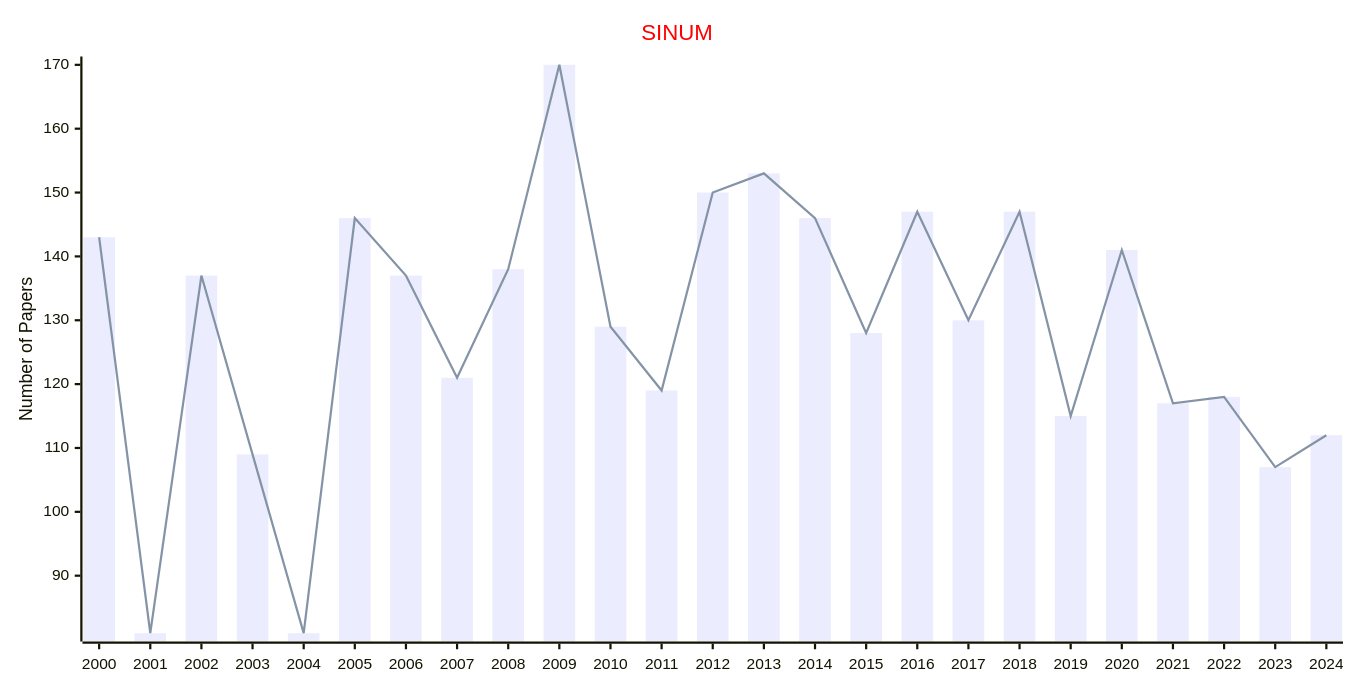
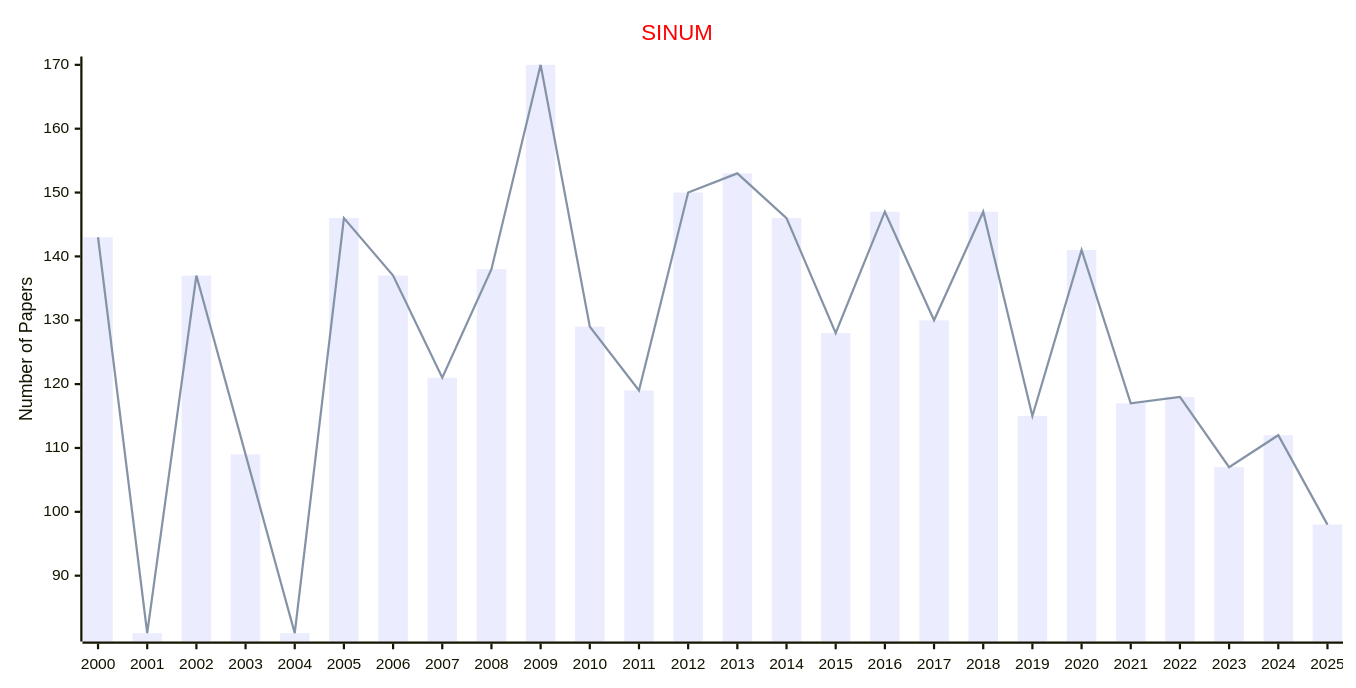
The fourth of 6 diagrams in docs/data/Journals/Statistics_Journals/Computational_Mathematics.md (Easy-PhD/AILinks), drawn with Mermaid before and after one commit. The commit also changed other lines of this file and 93 other files, not shown here.

````diff
--- a/docs/data/Journals/Statistics_Journals/Computational_Mathematics.md
+++ b/docs/data/Journals/Statistics_Journals/Computational_Mathematics.md
@@ -81,17 +81,17 @@
 ```mermaid
 ---
 config:
     xyChart:
         width: 1200
         height: 600
     themeVariables:
         xyChart:
             titleColor: "#ff0000"
 ---
 xychart-beta
     title "SINUM"
-    x-axis [2000, 2001, 2002, 2003, 2004, 2005, 2006, 2007, 2008, 2009, 2010, 2011, 2012, 2013, 2014, 2015, 2016, 2017, 2018, 2019, 2020, 2021, 2022, 2023, 2024]
+    x-axis [2000, 2001, 2002, 2003, 2004, 2005, 2006, 2007, 2008, 2009, 2010, 2011, 2012, 2013, 2014, 2015, 2016, 2017, 2018, 2019, 2020, 2021, 2022, 2023, 2024, 2025]
     y-axis "Number of Papers"
-    bar [143, 81, 137, 109, 81, 146, 137, 121, 138, 170, 129, 119, 150, 153, 146, 128, 147, 130, 147, 115, 141, 117, 118, 107, 112]
-    line [143, 81, 137, 109, 81, 146, 137, 121, 138, 170, 129, 119, 150, 153, 146, 128, 147, 130, 147, 115, 141, 117, 118, 107, 112]
+    bar [143, 81, 137, 109, 81, 146, 137, 121, 138, 170, 129, 119, 150, 153, 146, 128, 147, 130, 147, 115, 141, 117, 118, 107, 112, 98]
+    line [143, 81, 137, 109, 81, 146, 137, 121, 138, 170, 129, 119, 150, 153, 146, 128, 147, 130, 147, 115, 141, 117, 118, 107, 112, 98]
 ```
````
